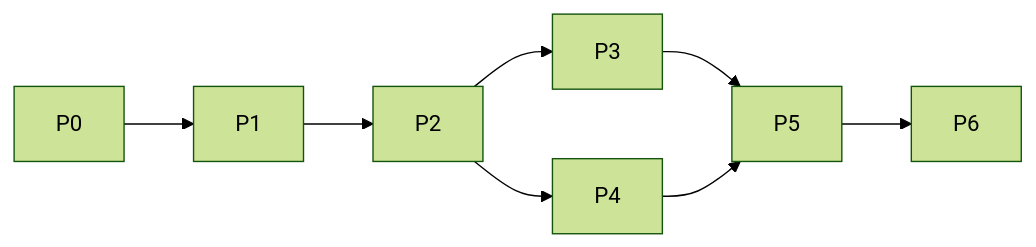
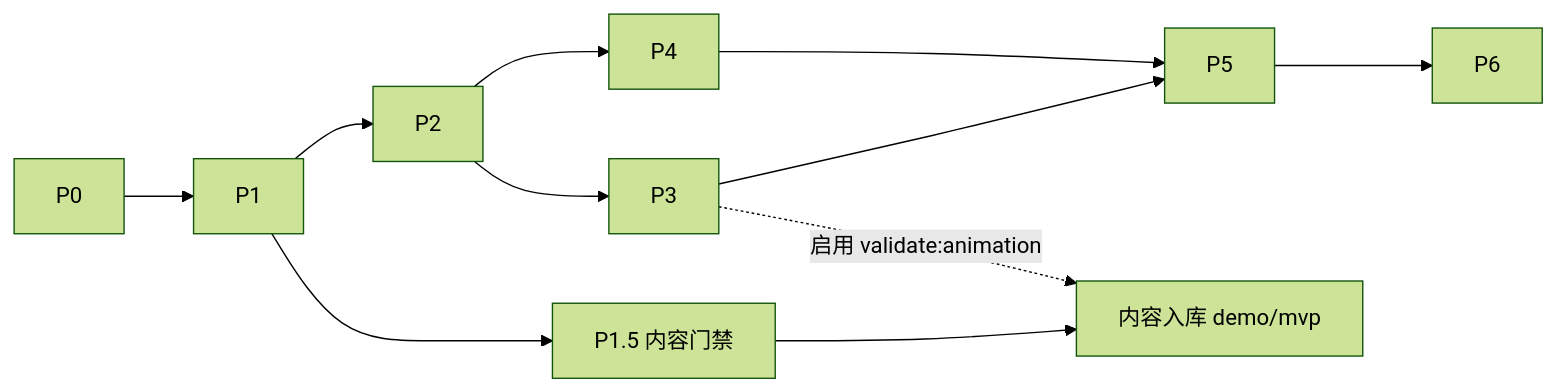
The second of 2 diagrams in docs/architecture.md (alanlau2012/AI-Learning-App), drawn with Mermaid (forest theme) before and after one commit. The commit also changed other lines of this file and 7 other files, not shown here.

````diff
--- a/docs/architecture.md
+++ b/docs/architecture.md
@@ -106,9 +138,12 @@
 ```mermaid
 flowchart LR
   P0 --> P1 --> P2
   P2 --> P3
   P2 --> P4
   P3 --> P5
   P4 --> P5
   P5 --> P6
+  P1 --> P15["P1.5 内容门禁"]
+  P15 --> Content["内容入库 demo/mvp"]
+  P3 -.->|"启用 validate:animation"| Content
 ```
````
